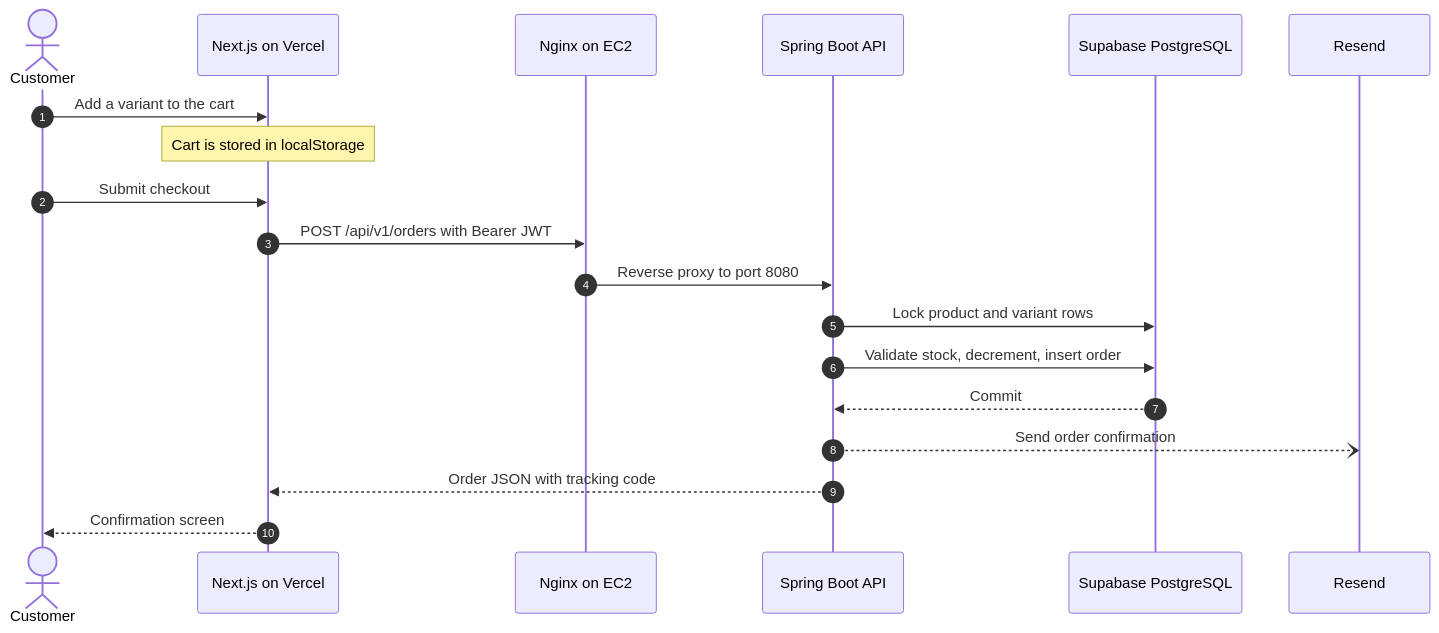
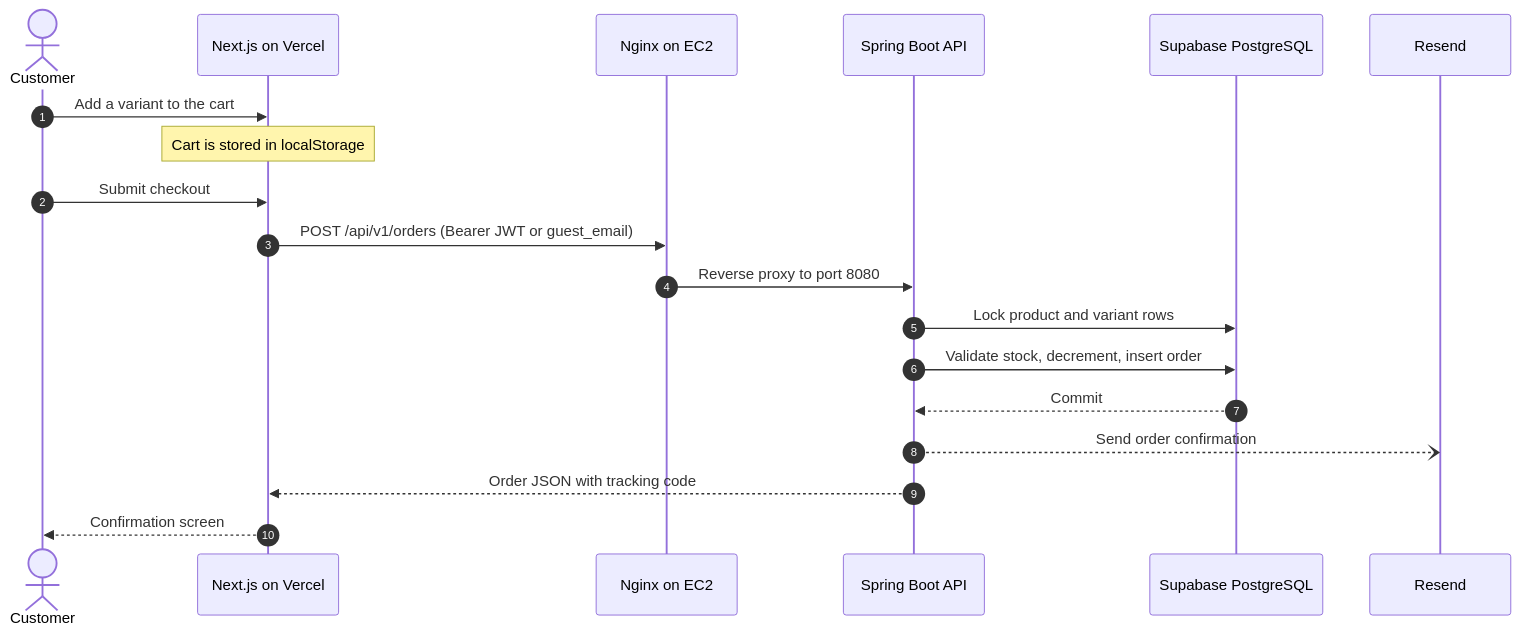
The third of 4 diagrams in README.md (miltonbabu/ncwu-stylehub), drawn with Mermaid before and after one commit. The commit also changed other lines of this file and 26 other files, not shown here.

````diff
--- a/README.md
+++ b/README.md
@@ -172,22 +173,22 @@
 ```mermaid
 sequenceDiagram
   autonumber
   actor C as Customer
   participant W as Next.js on Vercel
   participant N as Nginx on EC2
   participant A as Spring Boot API
   participant D as Supabase PostgreSQL
   participant M as Resend
 
   C->>W: Add a variant to the cart
   Note over W: Cart is stored in localStorage
   C->>W: Submit checkout
-  W->>N: POST /api/v1/orders with Bearer JWT
+  W->>N: POST /api/v1/orders (Bearer JWT or guest_email)
   N->>A: Reverse proxy to port 8080
   A->>D: Lock product and variant rows
   A->>D: Validate stock, decrement, insert order
   D-->>A: Commit
   A--)M: Send order confirmation
   A-->>W: Order JSON with tracking code
   W-->>C: Confirmation screen
 ```
````
